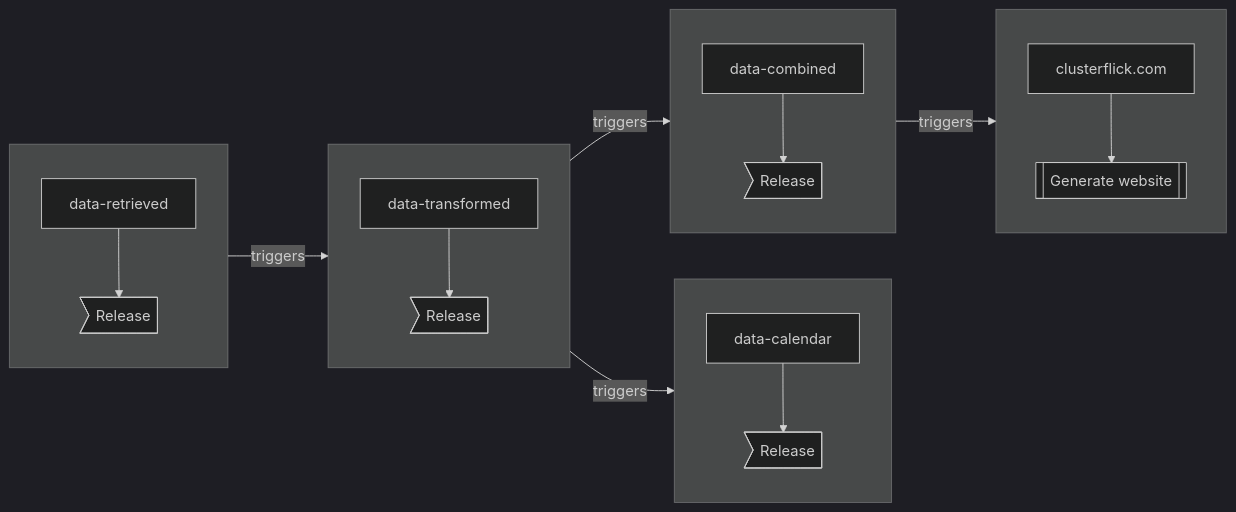
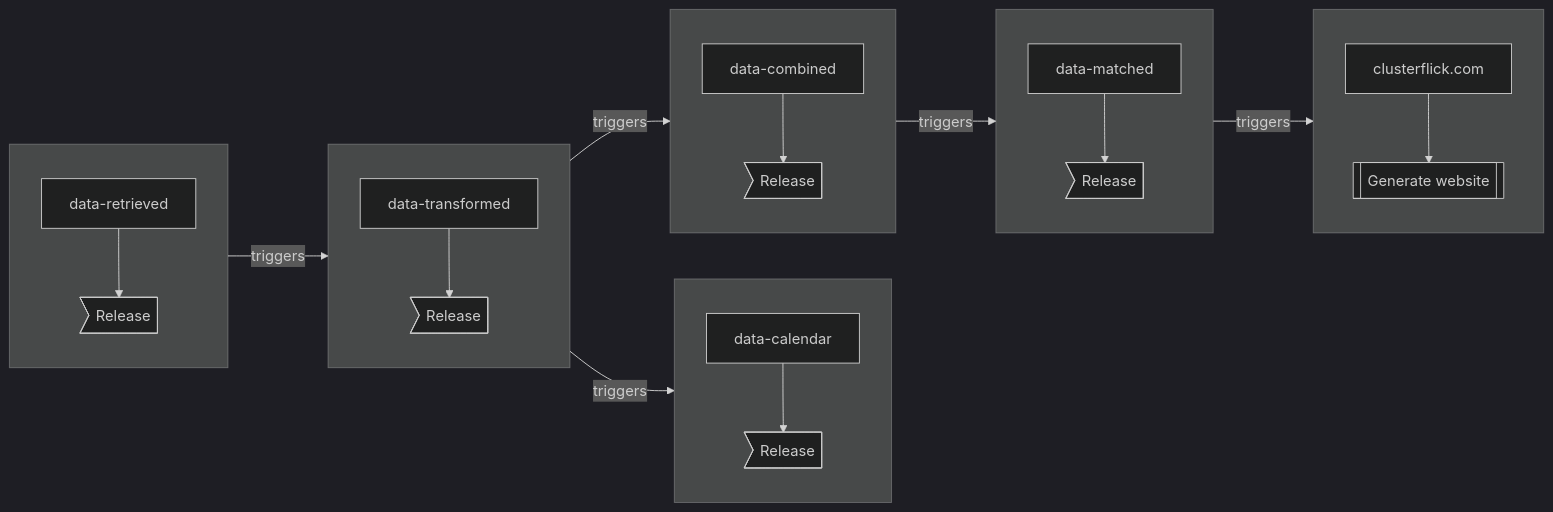
One commit to clusterflick/.github changed the diagram in profile/README.md. Above: the diagram before and after it, drawn with Mermaid (dark theme). The commit also changed other lines of this file, not shown here.

Commit message:
Update readme for matching data workflow

````diff
--- a/profile/README.md
+++ b/profile/README.md
@@ -14,39 +15,45 @@
 ```mermaid
 flowchart LR
     retrieved["data-retrieved"]
     transformed["data-transformed"]
     calendar["data-calendar"]
     combined["data-combined"]
+    matched["data-matched"]
 
     subgraph retrival[" "]
     direction TB
         retrieved --> retrival-release>Release]
     end
 
     subgraph transformation[" "]
     direction TB
         transformed --> transformation-release>Release]
     end
 
     subgraph calendars[" "]
     direction TB
         calendar --> calendar-release>Release]
     end
 
     subgraph combination[" "]
     direction TB
         combined --> combined-release>Release]
     end
 
+    subgraph matching[" "]
+    direction TB
+        matched --> matched-release>Release]
+    end
+
     subgraph website[" "]
     direction TB
         clusterflick.com --> id1[[Generate website]]
     end
 
     retrival --triggers--> transformation
     transformation --triggers--> calendars
     transformation --triggers--> combination
-    combination --triggers--> website
-    
+    combination --triggers--> matching
+    matching --triggers--> website
 
 ```
````
